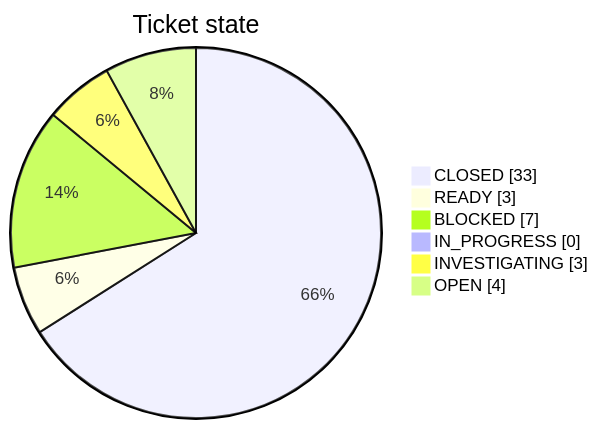
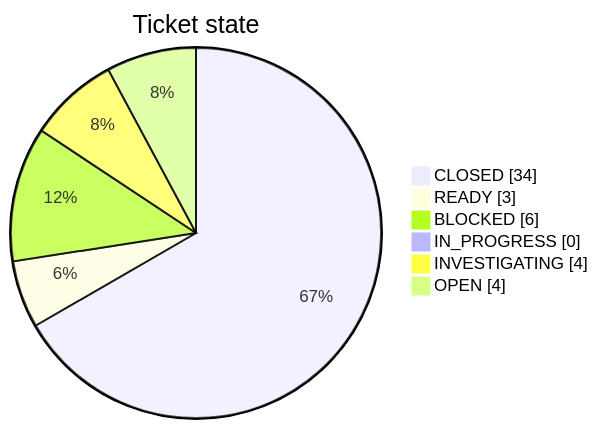
The first of 2 diagrams in docs/restoration/ISSUE_LEDGER.md (TECHSCHOLAR777/SINGLE-CHANNEL-SPEECH-SEPARATION-PROJECT), drawn with Mermaid before and after one commit. The commit also changed other lines of this file and 2 other files, not shown here.

````diff
--- a/docs/restoration/ISSUE_LEDGER.md
+++ b/docs/restoration/ISSUE_LEDGER.md
@@ -93,10 +93,10 @@
 ```mermaid
 pie showData
     title Ticket state
-    "CLOSED" : 33
+    "CLOSED" : 34
     "READY" : 3
-    "BLOCKED" : 7
+    "BLOCKED" : 6
     "IN_PROGRESS" : 0
-    "INVESTIGATING" : 3
+    "INVESTIGATING" : 4
     "OPEN" : 4
 ```
````
